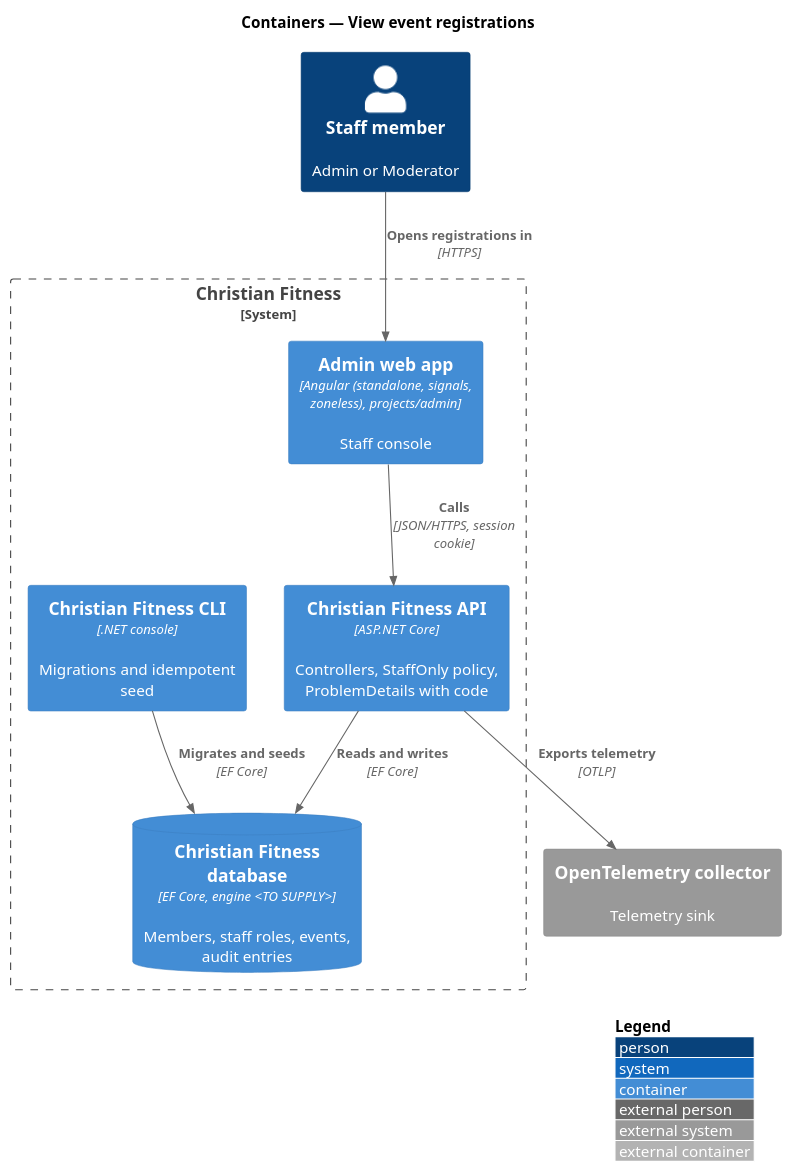
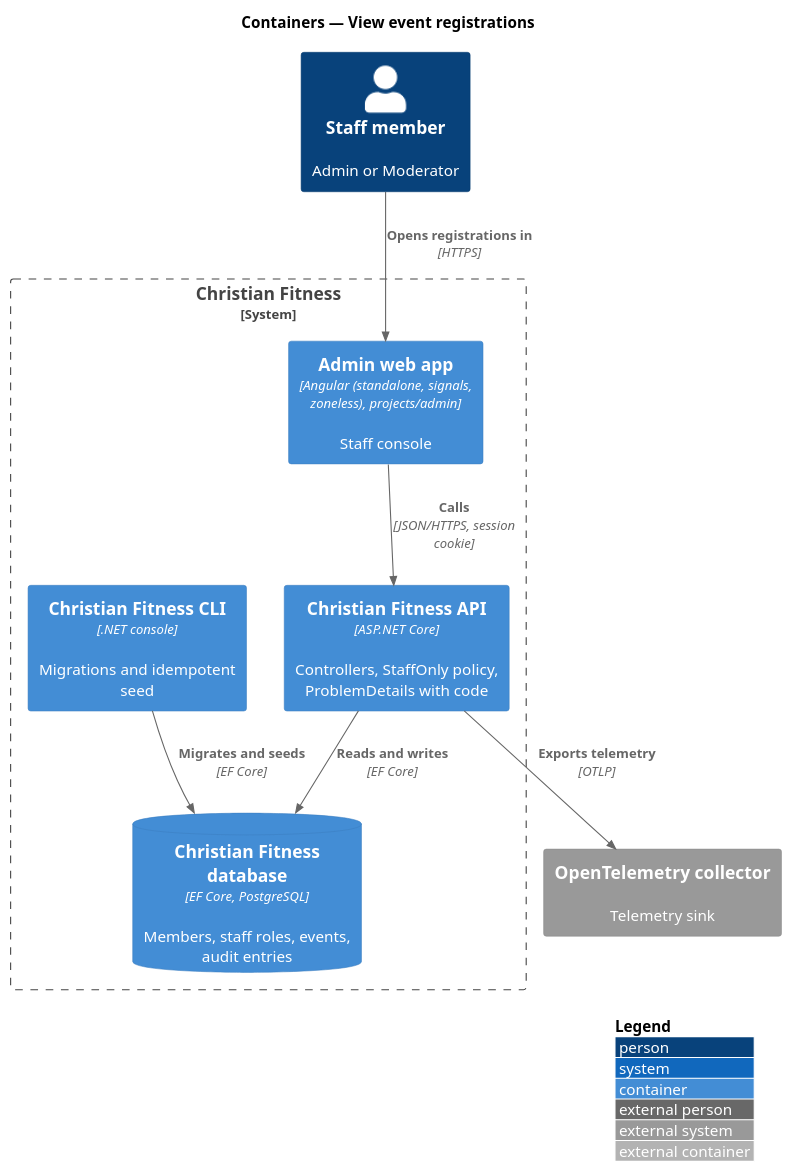
The diagram in docs/detailed-designs/admin-events/view-event-registrations/diagrams/c4-container.puml (QuinntyneBrown/christian-fitness), drawn with PlantUML before and after one commit. The commit also changed 137 other files, not shown here.

First line of the commit message:
Align slice 1.2 requirements and designs: PostgreSQL, settings page, health and ProblemDetails codes

```diff
--- a/docs/detailed-designs/admin-events/view-event-registrations/diagrams/c4-container.puml
+++ b/docs/detailed-designs/admin-events/view-event-registrations/diagrams/c4-container.puml
@@ -1,20 +1,20 @@
 @startuml
 !include <C4/C4_Container>
 LAYOUT_WITH_LEGEND()
 title Containers — View event registrations
 
 Person(staff, "Staff member", "Admin or Moderator")
 System_Boundary(cf, "Christian Fitness") {
   Container(admin, "Admin web app", "Angular (standalone, signals, zoneless), projects/admin", "Staff console")
   Container(api, "Christian Fitness API", "ASP.NET Core", "Controllers, StaffOnly policy, ProblemDetails with code")
   Container(cli, "Christian Fitness CLI", ".NET console", "Migrations and idempotent seed")
-  ContainerDb(db, "Christian Fitness database", "EF Core, engine <TO SUPPLY>", "Members, staff roles, events, audit entries")
+  ContainerDb(db, "Christian Fitness database", "EF Core, PostgreSQL", "Members, staff roles, events, audit entries")
 }
 System_Ext(otel, "OpenTelemetry collector", "Telemetry sink")
 
 Rel(staff, admin, "Opens registrations in", "HTTPS")
 Rel(admin, api, "Calls", "JSON/HTTPS, session cookie")
 Rel(api, db, "Reads and writes", "EF Core")
 Rel(cli, db, "Migrates and seeds", "EF Core")
 Rel(api, otel, "Exports telemetry", "OTLP")
 @enduml
```
